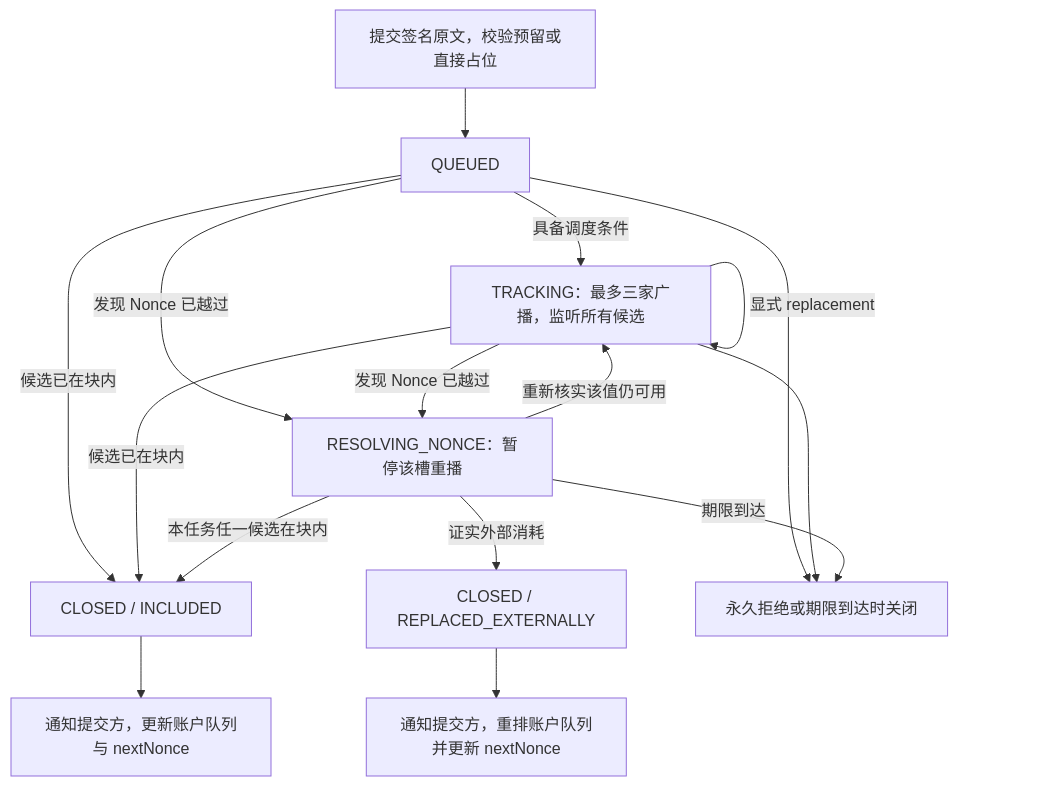
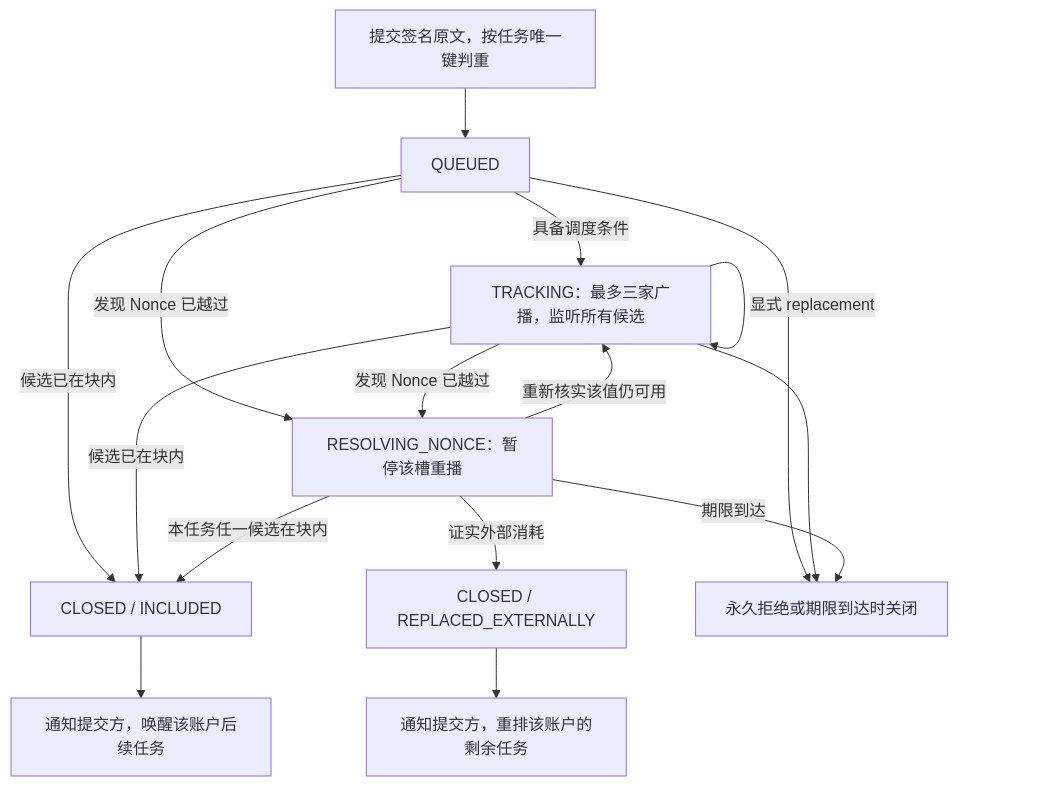
One commit to GMWalletApp/Broadcaster changed the second of 2 diagrams in README.md. Above: the diagram before and after it, drawn with Mermaid. The commit also changed other lines of this file, not shown here.

Commit message:
Read account nonce from RPC and enforce conflicts on signed tasks

```diff
--- a/README.md
+++ b/README.md
@@ -114,18 +88,18 @@
 ~~~mermaid
 flowchart TD
-    Submit["提交签名原文，校验预留或直接占位"] --> Q["QUEUED"]
+    Submit["提交签名原文，按任务唯一键判重"] --> Q["QUEUED"]
     Q -->|具备调度条件| T["TRACKING：最多三家广播，监听所有候选"]
     T -->|显式 replacement| T
     Q -->|发现 Nonce 已越过| R["RESOLVING_NONCE：暂停该槽重播"]
     T -->|发现 Nonce 已越过| R
     R -->|重新核实该值仍可用| T
     Q -->|候选已在块内| I["CLOSED / INCLUDED"]
     T -->|候选已在块内| I
     R -->|本任务任一候选在块内| I
     R -->|证实外部消耗| X["CLOSED / REPLACED_EXTERNALLY"]
-    X --> N["通知提交方，重排账户队列并更新 nextNonce"]
-    I --> A["通知提交方，更新账户队列与 nextNonce"]
+    X --> N["通知提交方，重排该账户的剩余任务"]
+    I --> A["通知提交方，唤醒该账户后续任务"]
     Q --> E["永久拒绝或期限到达时关闭"]
     T --> E
     R -->|期限到达| E
 ~~~
```
